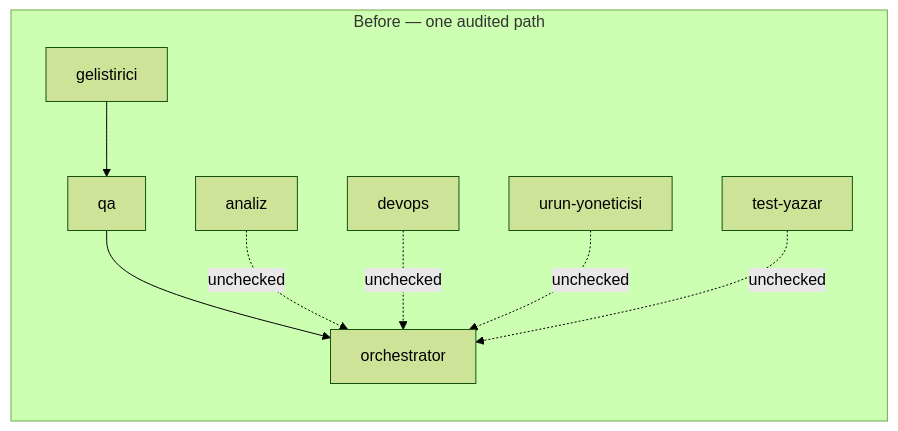
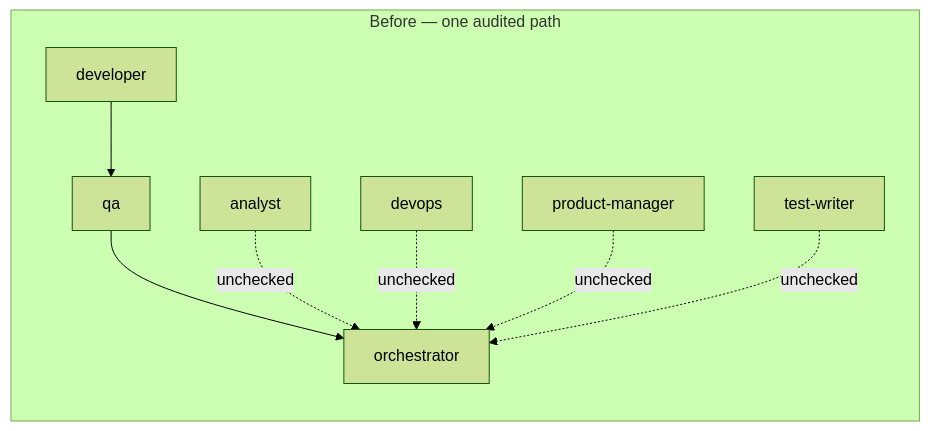
The first of 3 diagrams in docs/case-04-the-audit-gap.md (adyusuf/claude-code-standards), drawn with Mermaid (forest theme) before and after one commit. The commit also changed other lines of this file, not shown here.

Commit message:
docs(case-04): the role names in the diagrams no longer exist
The document is in English but its two mermaid diagrams and its gap table still
named the roles in Turkish — gelistirici, analiz, urun-yoneticisi, test-yazar.
Those names were renamed when the rule set became English-only, so a reader
following the case could not look any of them up: there is no `gelistirici`
agent to inspect. Eight lines, now developer / analyst / product-manager /
test-writer.

scripts/step-stats.py deliberately keeps the old names and is left alone: its
ROLE_ALIASES map exists precisely to translate them, because historical
transcripts still carry them. There the Turkish is data, not prose.

````diff
--- a/docs/case-04-the-audit-gap.md
+++ b/docs/case-04-the-audit-gap.md
@@ -16,10 +16,10 @@
 ```mermaid
 flowchart LR
  subgraph before["Before — one audited path"]
- G1[gelistirici] --> Q1[qa] --> O1[orchestrator]
- A1[analiz] -.->|unchecked| O1
+ G1[developer] --> Q1[qa] --> O1[orchestrator]
+ A1[analyst] -.->|unchecked| O1
  D1[devops] -.->|unchecked| O1
- U1[urun-yoneticisi] -.->|unchecked| O1
- T1[test-yazar] -.->|unchecked| O1
+ U1[product-manager] -.->|unchecked| O1
+ T1[test-writer] -.->|unchecked| O1
  end
 ```
````
